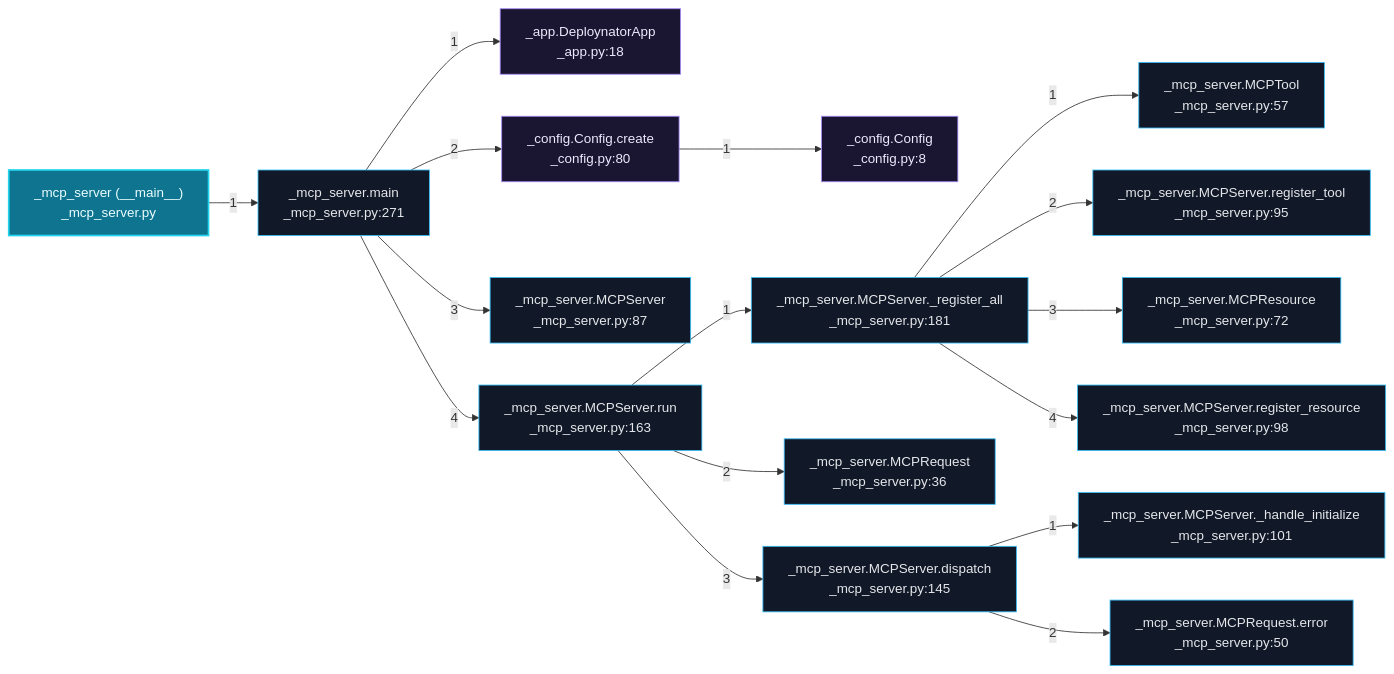
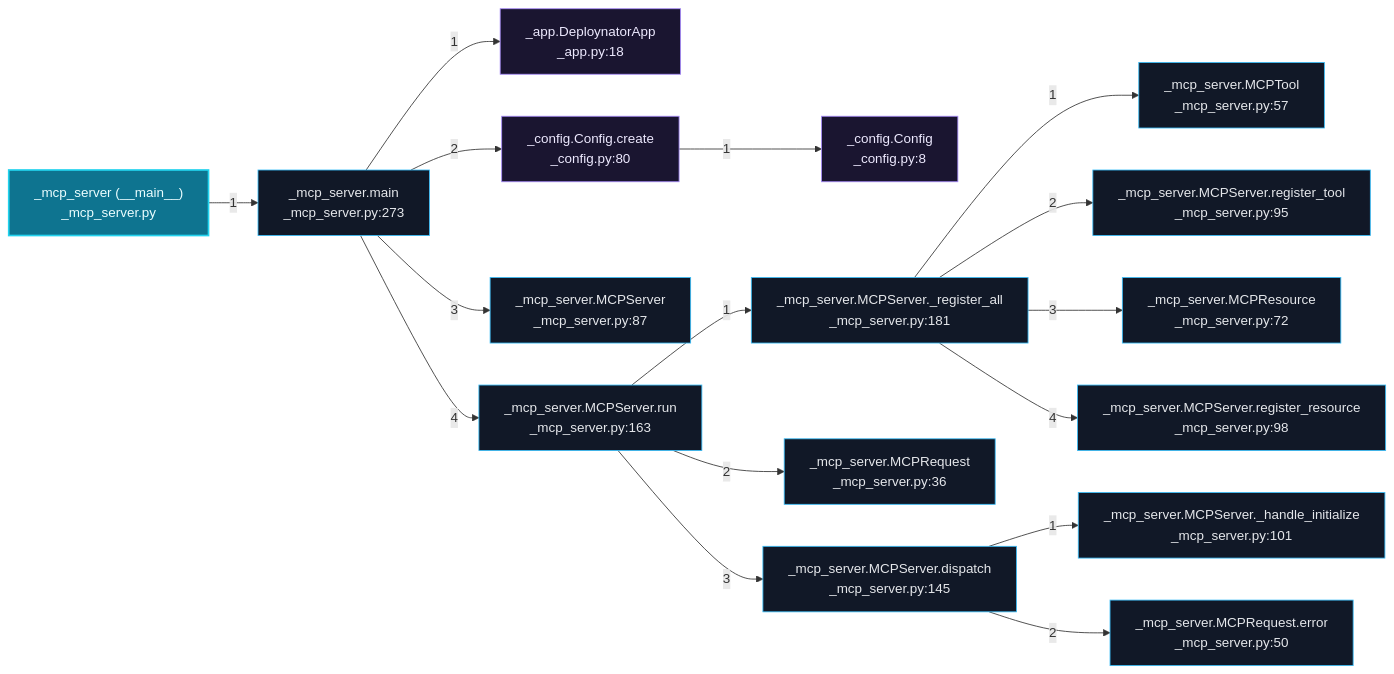
Before and after one commit to grisuno/deploynator: the eighth of 9 diagrams in readmenator-apidocs/architecture.md, drawn with Mermaid. The commit also changed other lines of this file and 120 other files, not shown here.

````diff
--- a/readmenator-apidocs/architecture.md
+++ b/readmenator-apidocs/architecture.md
@@ -435,37 +435,37 @@
 ```mermaid
 flowchart LR
     classDef default fill:#111827,stroke:#38bdf8,color:#e5e7eb;
     classDef entry fill:#0e7490,stroke:#22d3ee,color:#ecfeff,stroke-width:2px;
     classDef external fill:#1a1530,stroke:#a78bfa,color:#ede9fe;
     n_deploynator__mcp_server_py___main_["_mcp_server (__main__)<br/>_mcp_server.py"]:::entry
-    n_deploynator__mcp_server_py__main["_mcp_server.main<br/>_mcp_server.py:271"]:::default
+    n_deploynator__mcp_server_py__main["_mcp_server.main<br/>_mcp_server.py:273"]:::default
     n_deploynator__app_py__DeploynatorApp["_app.DeploynatorApp<br/>_app.py:18"]:::external
     n_deploynator__config_py__create["_config.Config.create<br/>_config.py:80"]:::external
     n_deploynator__config_py__Config["_config.Config<br/>_config.py:8"]:::external
     n_deploynator__mcp_server_py__MCPServer["_mcp_server.MCPServer<br/>_mcp_server.py:87"]:::default
     n_deploynator__mcp_server_py__run["_mcp_server.MCPServer.run<br/>_mcp_server.py:163"]:::default
     n_deploynator__mcp_server_py___register_all["_mcp_server.MCPServer._register_all<br/>_mcp_server.py:181"]:::default
     n_deploynator__mcp_server_py__MCPTool["_mcp_server.MCPTool<br/>_mcp_server.py:57"]:::default
     n_deploynator__mcp_server_py__register_tool["_mcp_server.MCPServer.register_tool<br/>_mcp_server.py:95"]:::default
     n_deploynator__mcp_server_py__MCPResource["_mcp_server.MCPResource<br/>_mcp_server.py:72"]:::default
     n_deploynator__mcp_server_py__register_resource["_mcp_server.MCPServer.register_resource<br/>_mcp_server.py:98"]:::default
     n_deploynator__mcp_server_py__MCPRequest["_mcp_server.MCPRequest<br/>_mcp_server.py:36"]:::default
     n_deploynator__mcp_server_py__dispatch["_mcp_server.MCPServer.dispatch<br/>_mcp_server.py:145"]:::default
     n_deploynator__mcp_server_py___handle_initialize["_mcp_server.MCPServer._handle_initialize<br/>_mcp_server.py:101"]:::default
     n_deploynator__mcp_server_py__error["_mcp_server.MCPRequest.error<br/>_mcp_server.py:50"]:::default
     n_deploynator__mcp_server_py___main_ -->|"1"| n_deploynator__mcp_server_py__main
     n_deploynator__mcp_server_py__main -->|"1"| n_deploynator__app_py__DeploynatorApp
     n_deploynator__mcp_server_py__main -->|"2"| n_deploynator__config_py__create
     n_deploynator__config_py__create -->|"1"| n_deploynator__config_py__Config
     n_deploynator__mcp_server_py__main -->|"3"| n_deploynator__mcp_server_py__MCPServer
     n_deploynator__mcp_server_py__main -->|"4"| n_deploynator__mcp_server_py__run
     n_deploynator__mcp_server_py__run -->|"1"| n_deploynator__mcp_server_py___register_all
     n_deploynator__mcp_server_py___register_all -->|"1"| n_deploynator__mcp_server_py__MCPTool
     n_deploynator__mcp_server_py___register_all -->|"2"| n_deploynator__mcp_server_py__register_tool
     n_deploynator__mcp_server_py___register_all -->|"3"| n_deploynator__mcp_server_py__MCPResource
     n_deploynator__mcp_server_py___register_all -->|"4"| n_deploynator__mcp_server_py__register_resource
     n_deploynator__mcp_server_py__run -->|"2"| n_deploynator__mcp_server_py__MCPRequest
     n_deploynator__mcp_server_py__run -->|"3"| n_deploynator__mcp_server_py__dispatch
     n_deploynator__mcp_server_py__dispatch -->|"1"| n_deploynator__mcp_server_py___handle_initialize
     n_deploynator__mcp_server_py__dispatch -->|"2"| n_deploynator__mcp_server_py__error
 ```
````
